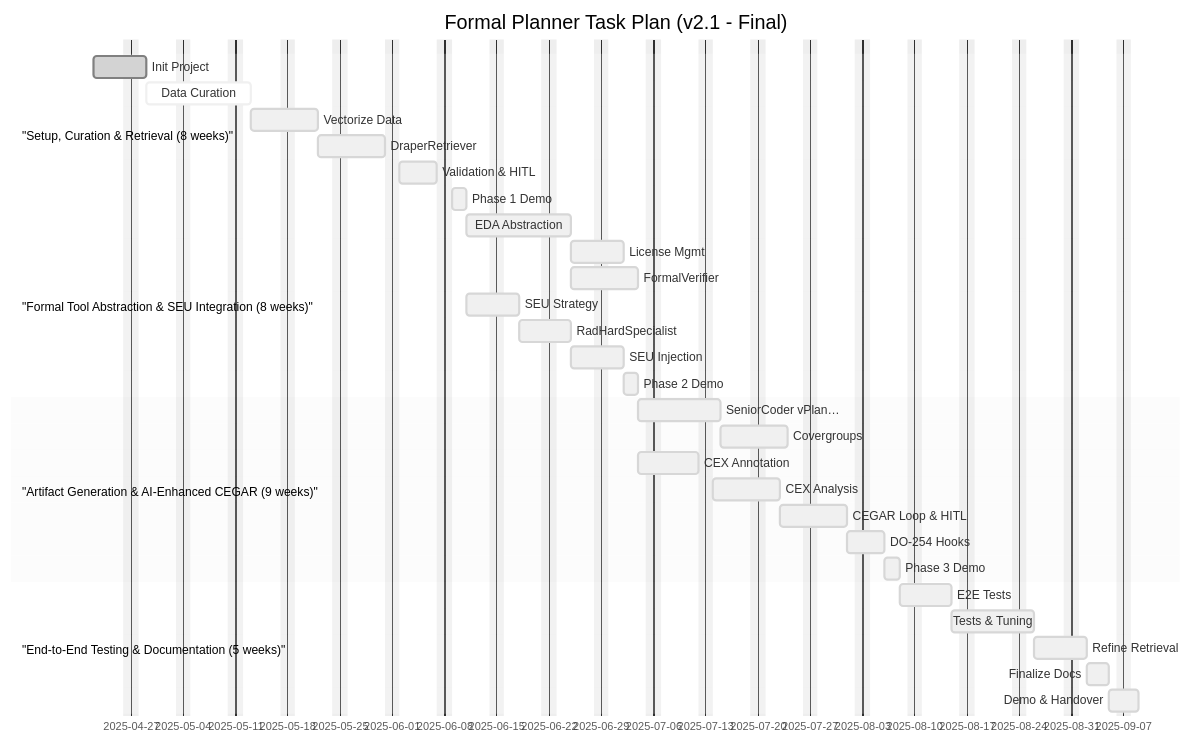
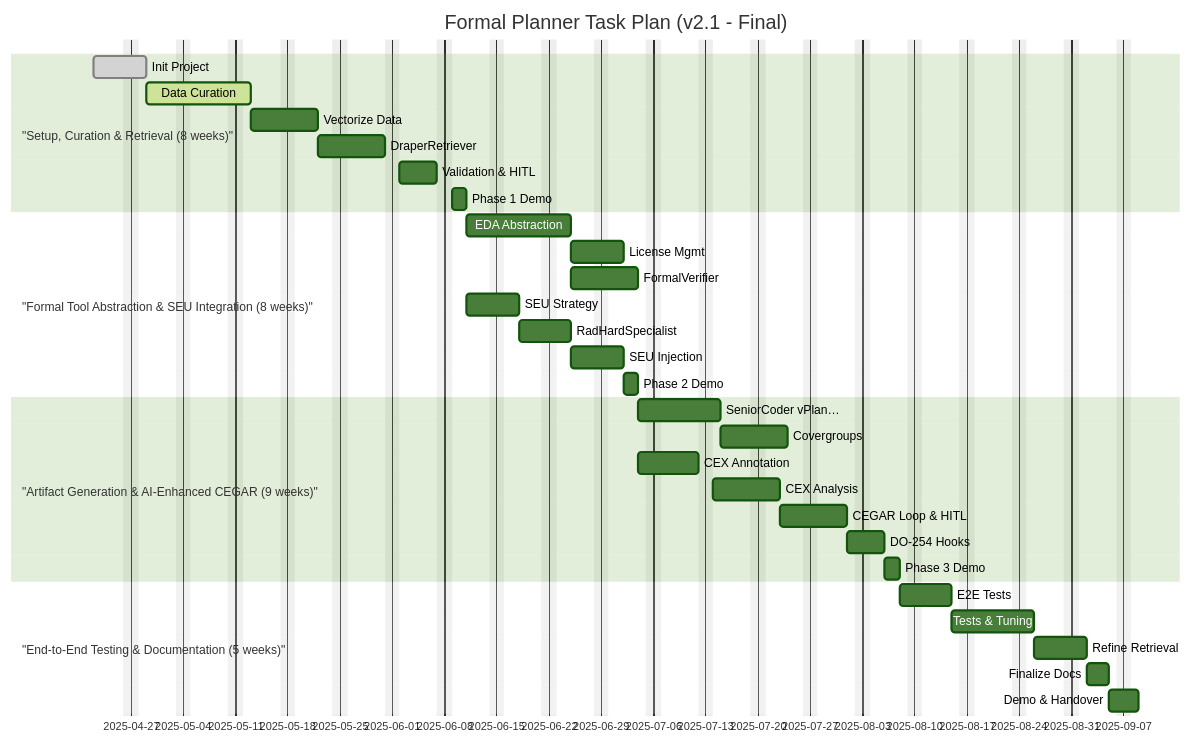
One commit to grahama1970/draper changed the diagram in draper_formal_planner/task.md. Above: the diagram before and after it, drawn with Mermaid. The commit also changed 3 other files, not shown here.

````diff
--- a/draper_formal_planner/task.md
+++ b/draper_formal_planner/task.md
@@ -55,40 +55,40 @@
 ```mermaid
-%%{init: {'theme': 'base', 'themeVariables': { 'primaryColor': '#f0f0f0'}}}%%
+%%{init: {'theme': 'forest'}}%%
 gantt
     dateFormat  YYYY-MM-DD
     title       Formal Planner Task Plan (v2.1 - Final)
     excludes    weekends
 
     section "Setup, Curation & Retrieval (8 weeks)"
     Init Project                              :done, P1T1, 2025-04-22, 5d
     Data Curation                             :active, P1T2, after P1T1, 10d
     Vectorize Data                            :P1T3, after P1T2, 7d
     DraperRetriever                           :P1T4, after P1T3, 7d
     Validation & HITL                        :P1T5, after P1T4, 5d
     Phase 1 Demo                              :P1T6, after P1T5, 2d
 
     section "Formal Tool Abstraction & SEU Integration (8 weeks)"
     EDA Abstraction                           :P2T1, after P1T6, 10d
     License Mgmt                              :P2T2, after P2T1, 5d
     FormalVerifier                            :P2T3, after P2T1, 7d
     SEU Strategy                              :P2T4, after P1T6, 5d
     RadHardSpecialist                         :P2T5, after P2T4, 5d
     SEU Injection                             :P2T6, after P2T5, 5d
     Phase 2 Demo                              :P2T7, after P2T6, 2d
 
     section "Artifact Generation & AI-Enhanced CEGAR (9 weeks)"
     SeniorCoder vPlan…                      :P3T1, after P2T7, 7d
     Covergroups                              :P3T2, after P3T1, 7d
     CEX Annotation                           :P3T3, after P2T7, 6d
     CEX Analysis                             :P3T4, after P3T3, 7d
     CEGAR Loop & HITL                       :P3T5, after P3T4, 7d
     DO-254 Hooks                            :P3T6, after P3T5, 3d
     Phase 3 Demo                            :P3T7, after P3T6, 2d
 
     section "End-to-End Testing & Documentation (5 weeks)"
     E2E Tests                                :P4T1, after P3T7, 5d
     Tests & Tuning                          :P4T2, after P4T1, 7d
     Refine Retrieval                         :P4T3, after P4T2, 5d
     Finalize Docs                            :P4T4, after P4T3, 3d
     Demo & Handover                         :P4T5, after P4T4, 2d
 ```
````
